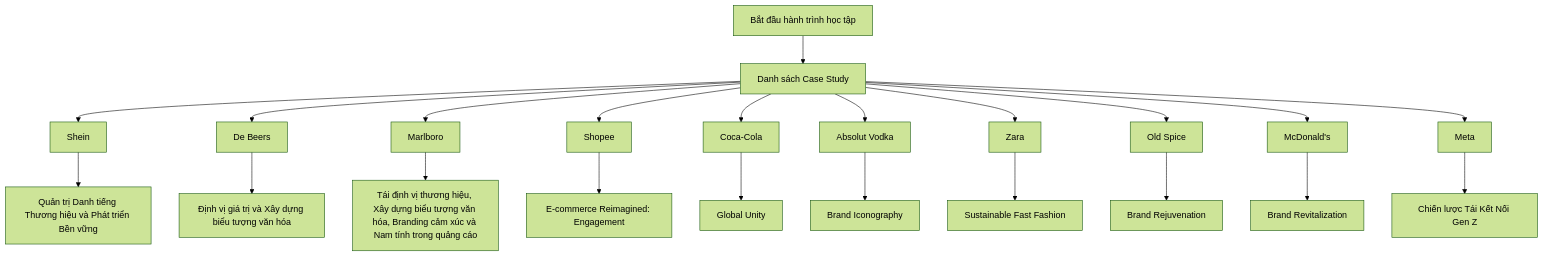
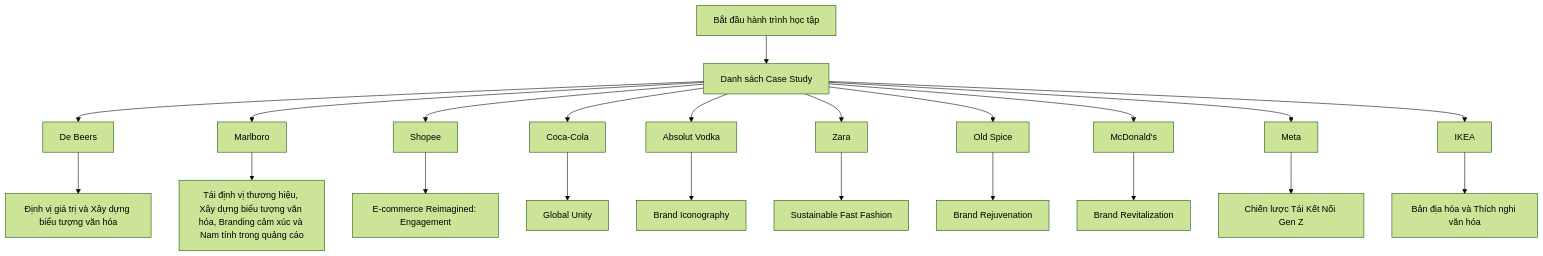
Before and after one commit to quy2003/daily-marketing-cases: the diagram in README.md, drawn with Mermaid (forest theme). The commit also changed other lines of this file and 3 other files, not shown here.

````diff
--- a/README.md
+++ b/README.md
@@ -25,24 +25,24 @@
 ```mermaid
 graph TD
     Start[Bắt đầu hành trình học tập] --> DailyCases[Danh sách Case Study]
-    DailyCases --> Shein["Shein"]
-    Shein --> QuntrDanhtingThnghiuvPhttrinBnvng["Quản trị Danh tiếng Thương hiệu và Phát triển Bền vững"]
     DailyCases --> DeBeers["De Beers"]
     DeBeers --> nhvgitrvXydngbiutngvnha["Định vị giá trị và Xây dựng biểu tượng văn hóa"]
     DailyCases --> Marlboro["Marlboro"]
     Marlboro --> TinhvthnghiuXydngbiutngvnhaBrandingcmxcvNamtnhtrongqungco["Tái định vị thương hiệu, Xây dựng biểu tượng văn hóa, Branding cảm xúc và Nam tính trong quảng cáo"]
     DailyCases --> Shopee["Shopee"]
     Shopee --> EcommerceReimaginedEngagement["E-commerce Reimagined: Engagement"]
     DailyCases --> CocaCola["Coca-Cola"]
     CocaCola --> GlobalUnity["Global Unity"]
     DailyCases --> AbsolutVodka["Absolut Vodka"]
     AbsolutVodka --> BrandIconography["Brand Iconography"]
     DailyCases --> Zara["Zara"]
     Zara --> SustainableFastFashion["Sustainable Fast Fashion"]
     DailyCases --> OldSpice["Old Spice"]
     OldSpice --> BrandRejuvenation["Brand Rejuvenation"]
     DailyCases --> McDonalds["McDonald's"]
     McDonalds --> BrandRevitalization["Brand Revitalization"]
     DailyCases --> Meta["Meta"]
     Meta --> ChinlcTiKtNiGenZ["Chiến lược Tái Kết Nối Gen Z"]
+    DailyCases --> IKEA["IKEA"]
+    IKEA --> BnahavThchnghivnha["Bản địa hóa và Thích nghi văn hóa"]
 ```
````
